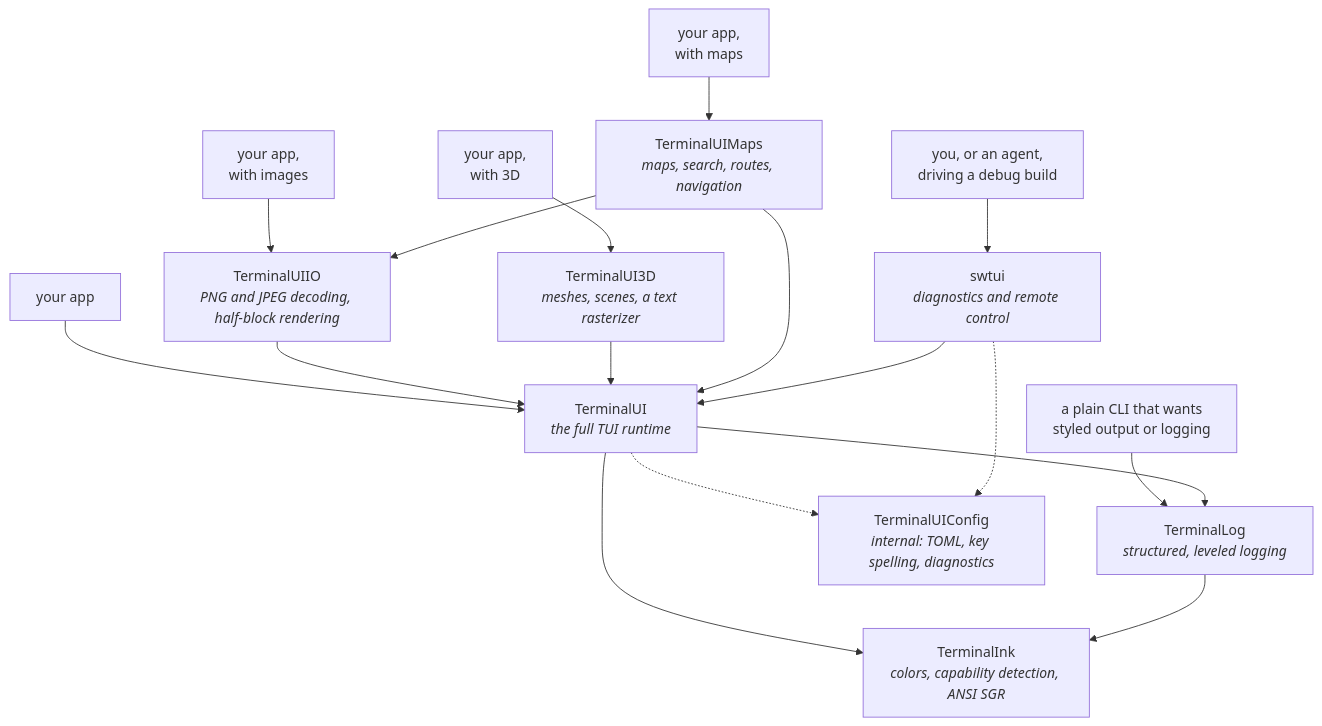
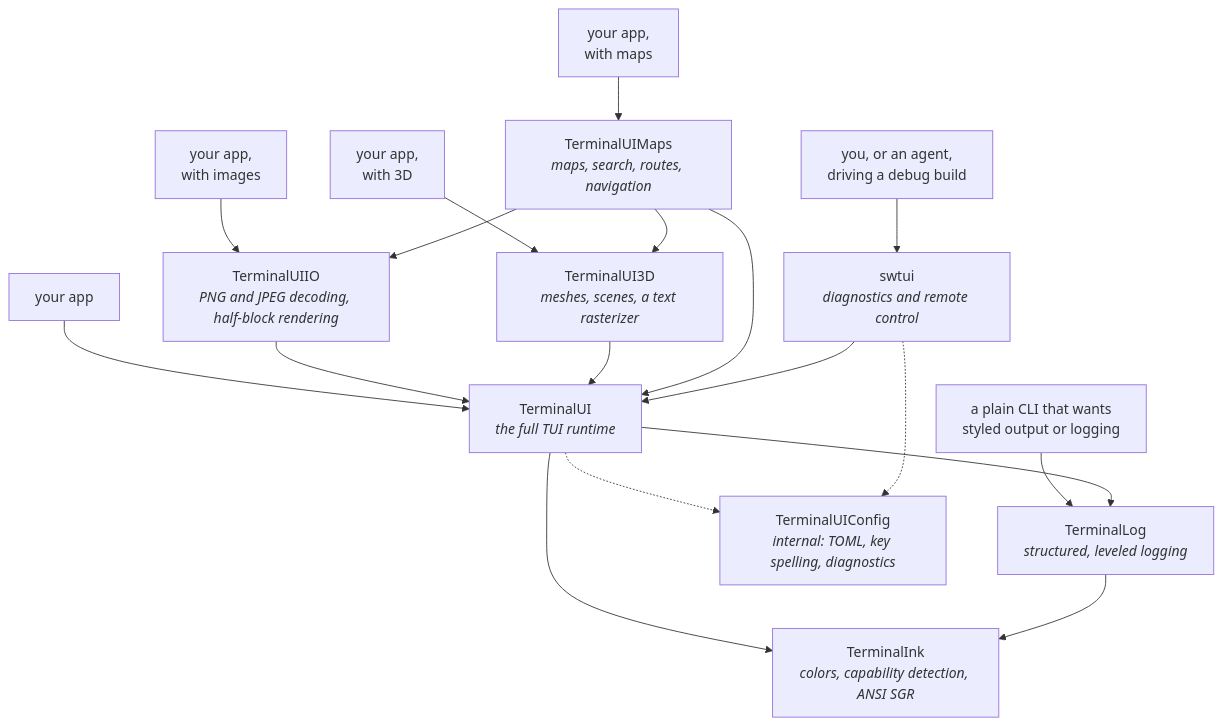
One commit to dardevelin/terminal-ui changed the diagram in README.md. Above: the diagram before and after it, drawn with Mermaid. The commit also changed other lines of this file and 22 other files, not shown here.

````diff
--- a/README.md
+++ b/README.md
@@ -423,21 +423,22 @@
 ```mermaid
 graph TD
     App["your app"] --> TUI
     ImgApp["your app,<br/>with images"] --> IO
     SceneApp["your app,<br/>with 3D"] --> Scene3D
     MapApp["your app,<br/>with maps"] --> Maps
     CLI["a plain CLI that wants<br/>styled output or logging"] --> Log
     Dev["you, or an agent,<br/>driving a debug build"] --> SW
 
     IO["TerminalUIIO<br/><i>PNG and JPEG decoding, half-block rendering</i>"] --> TUI
     Scene3D["TerminalUI3D<br/><i>meshes, scenes, a text rasterizer</i>"] --> TUI
     Maps["TerminalUIMaps<br/><i>maps, search, routes, navigation</i>"] --> TUI
     Maps --> IO
+    Maps --> Scene3D
     SW["swtui<br/><i>diagnostics and remote control</i>"] --> TUI
     TUI["TerminalUI<br/><i>the full TUI runtime</i>"] --> Ink
     TUI --> Log
     TUI -.-> Config["TerminalUIConfig<br/><i>internal: TOML, key spelling, diagnostics</i>"]
     SW -.-> Config
     Log["TerminalLog<br/><i>structured, leveled logging</i>"] --> Ink
     Ink["TerminalInk<br/><i>colors, capability detection, ANSI SGR</i>"]
 ```
````
